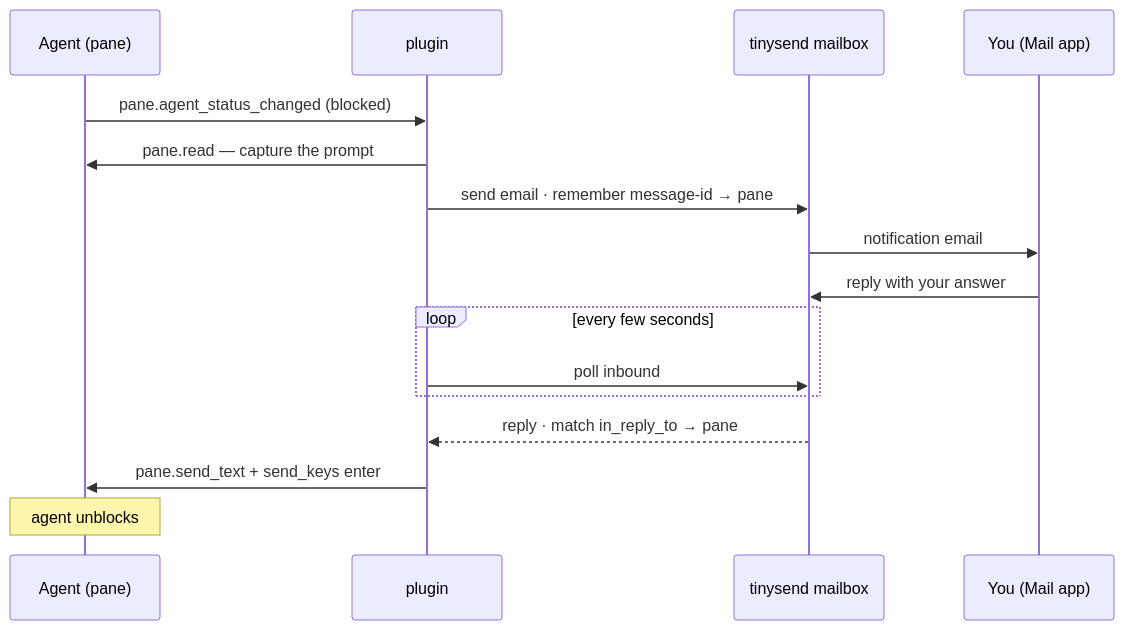
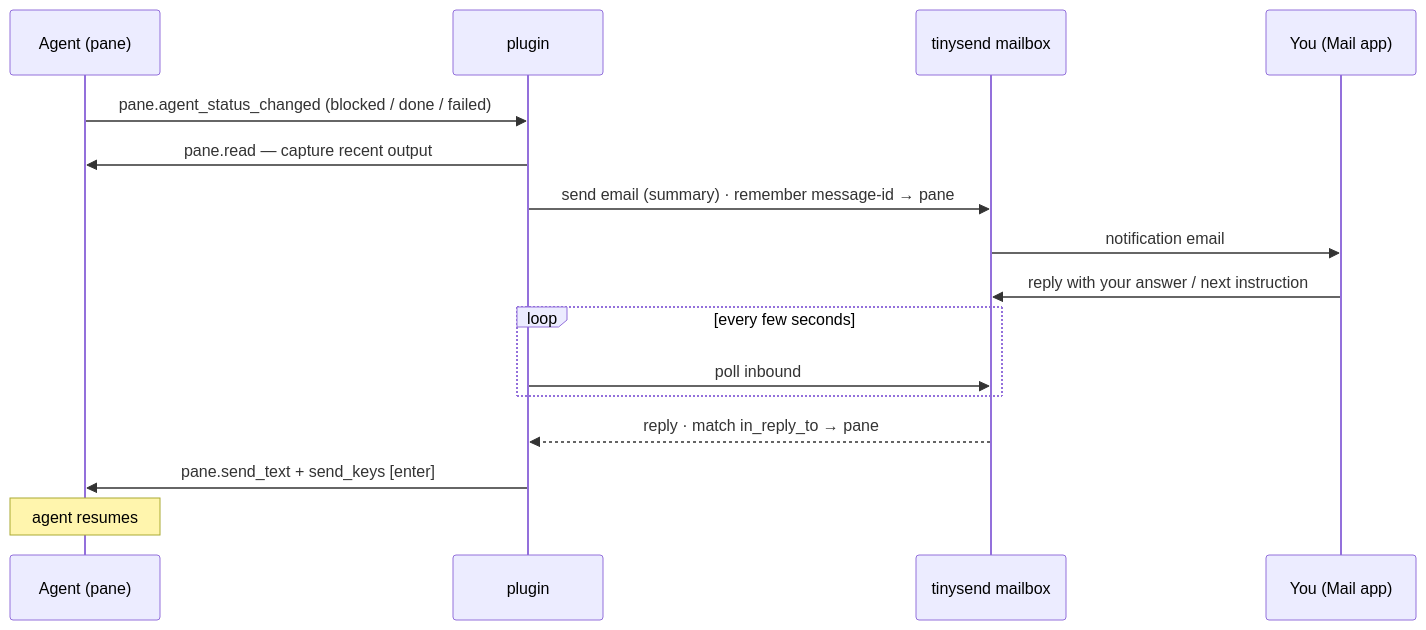
One commit to tiny-send/tinysend-herdr changed the diagram in README.md. Above: the diagram before and after it, drawn with Mermaid. The commit also changed other lines of this file and 3 other files, not shown here.

Commit message:
v0.2.0: docs polish, LICENSE, rich emails (summary + HTML + resume), send_keys + pane.read fixes

````diff
--- a/README.md
+++ b/README.md
@@ -10,19 +11,19 @@
 ```mermaid
 sequenceDiagram
     participant A as Agent (pane)
     participant P as plugin
     participant M as tinysend mailbox
     participant U as You (Mail app)
 
-    A->>P: pane.agent_status_changed (blocked)
-    P->>A: pane.read — capture the prompt
-    P->>M: send email · remember message-id → pane
+    A->>P: pane.agent_status_changed (blocked / done / failed)
+    P->>A: pane.read — capture recent output
+    P->>M: send email (summary) · remember message-id → pane
     M->>U: notification email
-    U->>M: reply with your answer
+    U->>M: reply with your answer / next instruction
     loop every few seconds
         P->>M: poll inbound
     end
     M-->>P: reply · match in_reply_to → pane
-    P->>A: pane.send_text + send_keys enter
-    Note over A: agent unblocks
+    P->>A: pane.send_text + send_keys [enter]
+    Note over A: agent resumes
 ```
````
